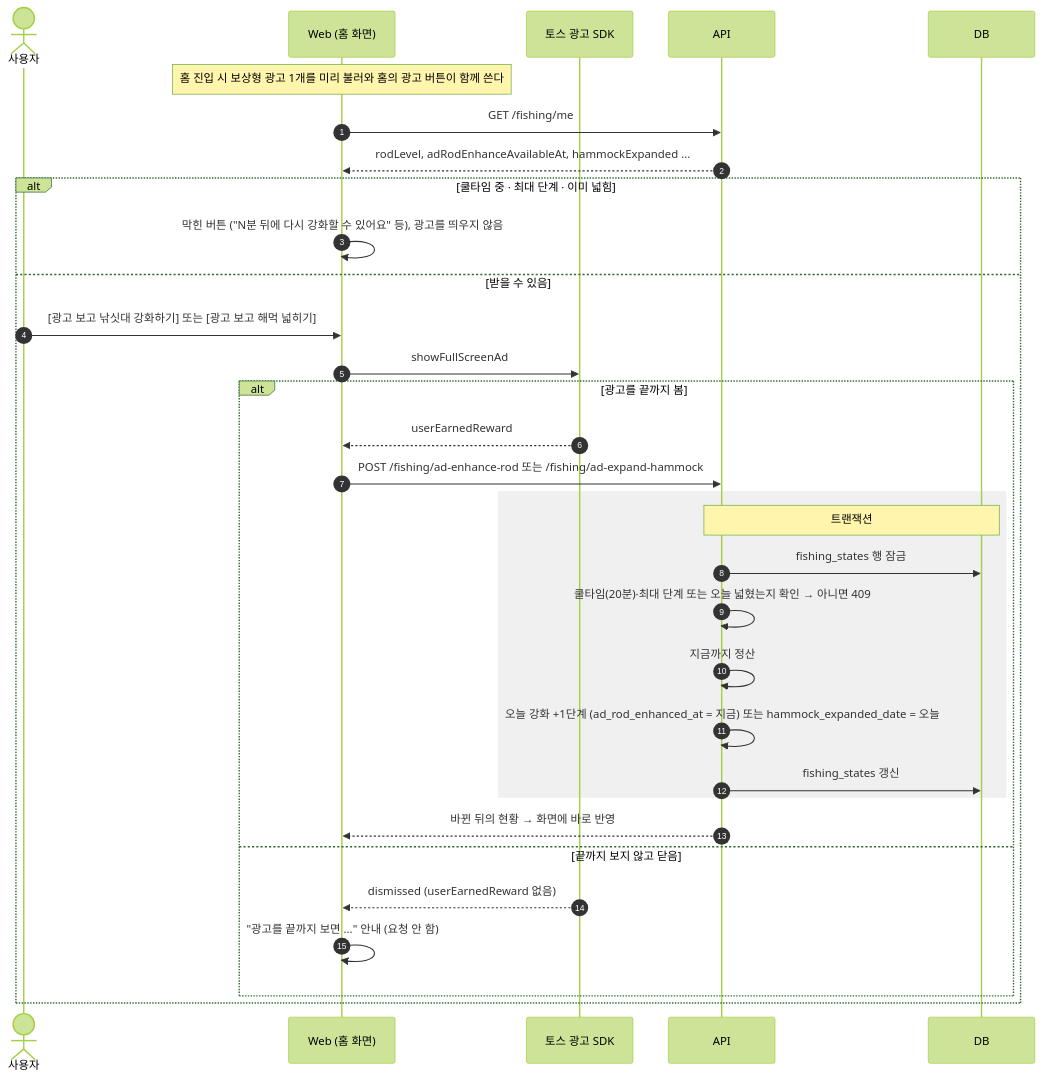
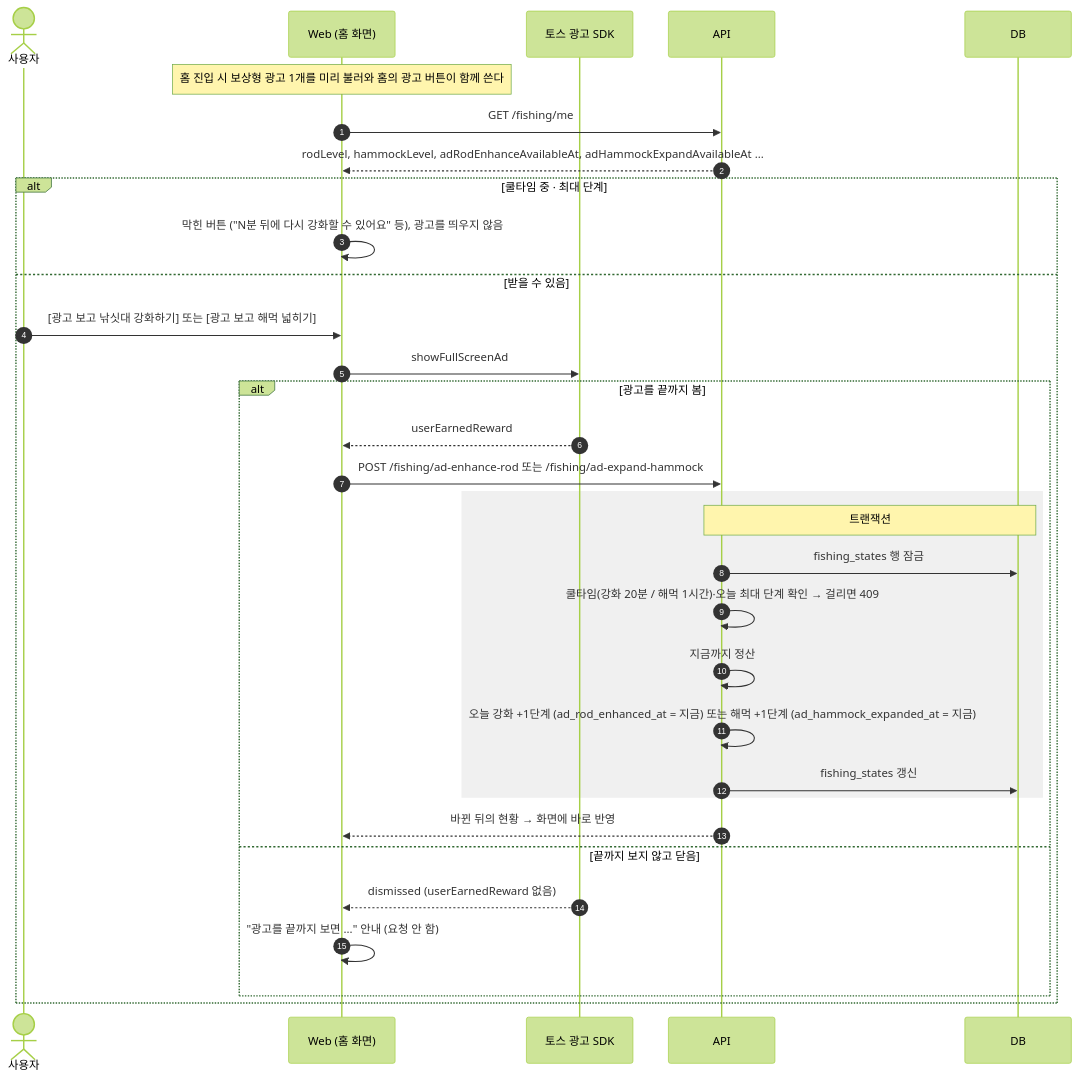
One commit to toss-minigame/haedalpoint changed the sixth of 7 diagrams in docs/design/fishing-sequence.md. Above: the diagram before and after it, drawn with Mermaid (forest theme). The commit also changed other lines of this file and 2 other files, not shown here.

Commit message:
docs: 해먹 넓히기 5단계·1시간 쿨타임과 랜덤 미사용 근거 반영

````diff
--- a/docs/design/fishing-sequence.md
+++ b/docs/design/fishing-sequence.md
@@ -132,35 +132,35 @@
 ```mermaid
 sequenceDiagram
     autonumber
     actor U as 사용자
     participant W as Web (홈 화면)
     participant S as 토스 광고 SDK
     participant A as API
     participant D as DB
 
     Note over W: 홈 진입 시 보상형 광고 1개를 미리 불러와 홈의 광고 버튼이 함께 쓴다
     W->>A: GET /fishing/me
-    A-->>W: rodLevel, adRodEnhanceAvailableAt, hammockExpanded ...
-    alt 쿨타임 중 · 최대 단계 · 이미 넓힘
+    A-->>W: rodLevel, hammockLevel, adRodEnhanceAvailableAt, adHammockExpandAvailableAt ...
+    alt 쿨타임 중 · 최대 단계
         W->>W: 막힌 버튼 ("N분 뒤에 다시 강화할 수 있어요" 등), 광고를 띄우지 않음
     else 받을 수 있음
         U->>W: [광고 보고 낚싯대 강화하기] 또는 [광고 보고 해먹 넓히기]
         W->>S: showFullScreenAd
         alt 광고를 끝까지 봄
             S-->>W: userEarnedReward
             W->>A: POST /fishing/ad-enhance-rod 또는 /fishing/ad-expand-hammock
             rect rgb(240, 240, 240)
                 Note over A,D: 트랜잭션
                 A->>D: fishing_states 행 잠금
-                A->>A: 쿨타임(20분)·최대 단계 또는 오늘 넓혔는지 확인 → 아니면 409
+                A->>A: 쿨타임(강화 20분 / 해먹 1시간)·오늘 최대 단계 확인 → 걸리면 409
                 A->>A: 지금까지 정산
-                A->>A: 오늘 강화 +1단계 (ad_rod_enhanced_at = 지금) 또는 hammock_expanded_date = 오늘
+                A->>A: 오늘 강화 +1단계 (ad_rod_enhanced_at = 지금) 또는 해먹 +1단계 (ad_hammock_expanded_at = 지금)
                 A->>D: fishing_states 갱신
             end
             A-->>W: 바뀐 뒤의 현황 → 화면에 바로 반영
         else 끝까지 보지 않고 닫음
             S-->>W: dismissed (userEarnedReward 없음)
             W->>W: "광고를 끝까지 보면 ..." 안내 (요청 안 함)
         end
     end
 ```
````
